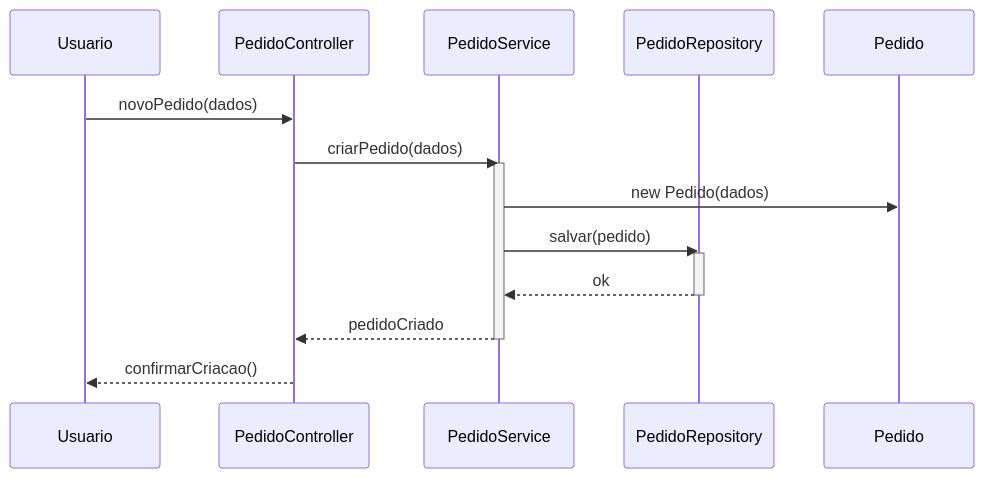
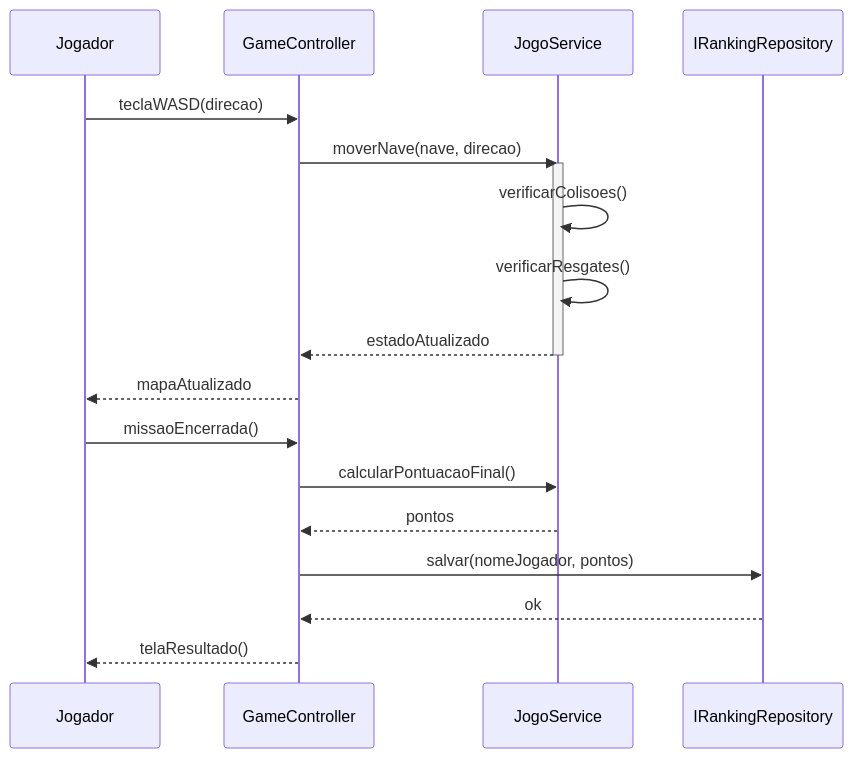
One commit to ProfBezerra/T200-ProjArqSist changed the diagram in missaoMarteUnifor/grasp/apostilas-grasp/controller.md. Above: the diagram before and after it, drawn with Mermaid. The commit also changed other lines of this file and 10 other files, not shown here.

````diff
--- a/missaoMarteUnifor/grasp/apostilas-grasp/controller.md
+++ b/missaoMarteUnifor/grasp/apostilas-grasp/controller.md
@@ -30,21 +30,23 @@
 ```mermaid
 sequenceDiagram
-  participant Usuario
-  participant PedidoController
-  participant PedidoService
-  participant PedidoRepository
-  participant Pedido
+  participant Jogador
+  participant GameController
+  participant JogoService
+  participant IRankingRepository
 
-  Usuario->>PedidoController: novoPedido(dados)
-  PedidoController->>PedidoService: criarPedido(dados)
-  activate PedidoService
-  PedidoService->>Pedido: new Pedido(dados)
-  activate Pedido
-  PedidoService->>PedidoRepository: salvar(pedido)
-  activate PedidoRepository
-  PedidoRepository-->>PedidoService: ok
-  deactivate PedidoRepository
-  PedidoService-->>PedidoController: pedidoCriado
-  deactivate PedidoService
-  PedidoController-->>Usuario: confirmarCriacao()
+  Jogador->>GameController: teclaWASD(direcao)
+  GameController->>JogoService: moverNave(nave, direcao)
+  activate JogoService
+  JogoService->>JogoService: verificarColisoes()
+  JogoService->>JogoService: verificarResgates()
+  JogoService-->>GameController: estadoAtualizado
+  deactivate JogoService
+  GameController-->>Jogador: mapaAtualizado
+
+  Jogador->>GameController: missaoEncerrada()
+  GameController->>JogoService: calcularPontuacaoFinal()
+  JogoService-->>GameController: pontos
+  GameController->>IRankingRepository: salvar(nomeJogador, pontos)
+  IRankingRepository-->>GameController: ok
+  GameController-->>Jogador: telaResultado()
 ```
````
